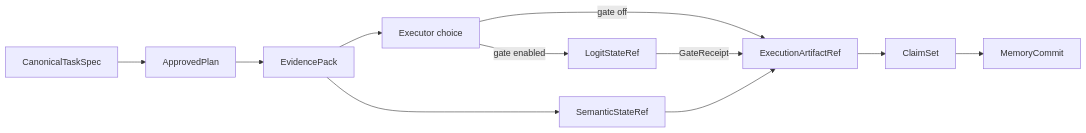
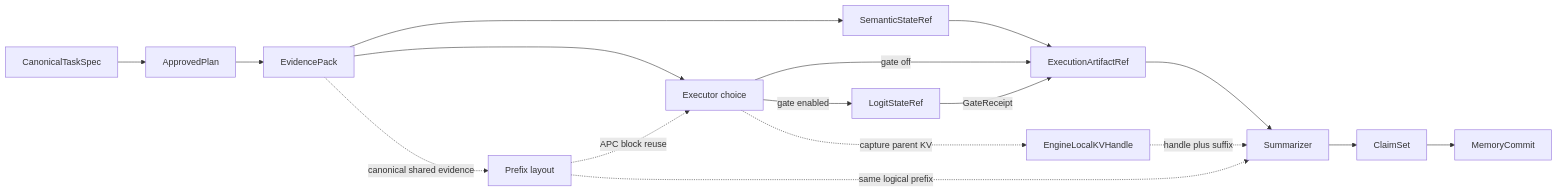
Before and after one commit to qcrs/os: the diagram in docs/implementation/01-system-architecture.md, drawn with Mermaid. The commit also changed other lines of this file and 77 other files, not shown here.

````diff
--- a/docs/implementation/01-system-architecture.md
+++ b/docs/implementation/01-system-architecture.md
@@ -14,13 +15,20 @@
 ```mermaid
 flowchart LR
     A[CanonicalTaskSpec] --> B[ApprovedPlan]
     B --> C[EvidencePack]
     C --> D[SemanticStateRef]
     C --> X[Executor choice]
     X -->|gate off| E[ExecutionArtifactRef]
     X -->|gate enabled| L[LogitStateRef]
     L -->|GateReceipt| E
     D --> E
-    E --> F[ClaimSet]
+    E --> S[Summarizer]
+    S --> F[ClaimSet]
     F --> G[MemoryCommit]
+
+    C -. canonical shared evidence .-> P[Prefix layout]
+    P -. APC block reuse .-> X
+    P -. same logical prefix .-> S
+    X -. capture parent KV .-> K[EngineLocalKVHandle]
+    K -. handle plus suffix .-> S
 ```
````
